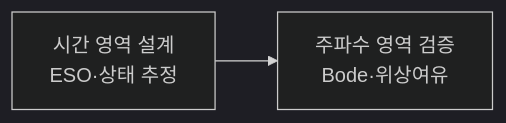
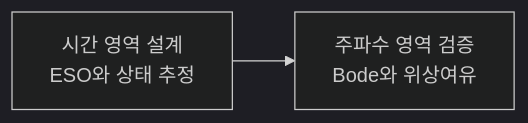
Before and after one commit to genie4youu/genie4youu.github.io: the diagram in _posts/adrc/2026-07-21-10-adrc-vs-pid.md, drawn with Mermaid (dark theme). The commit also changed other lines of this file and 100 other files, not shown here.

````diff
--- a/_posts/adrc/2026-07-21-10-adrc-vs-pid.md
+++ b/_posts/adrc/2026-07-21-10-adrc-vs-pid.md
@@ -49,4 +49,4 @@
 ```mermaid
 flowchart LR
-    T["시간 영역 설계<br/>ESO·상태 추정"] --> F["주파수 영역 검증<br/>Bode·위상여유"]
+    T["시간 영역 설계<br/>ESO와 상태 추정"] --> F["주파수 영역 검증<br/>Bode와 위상여유"]
 ```
````
